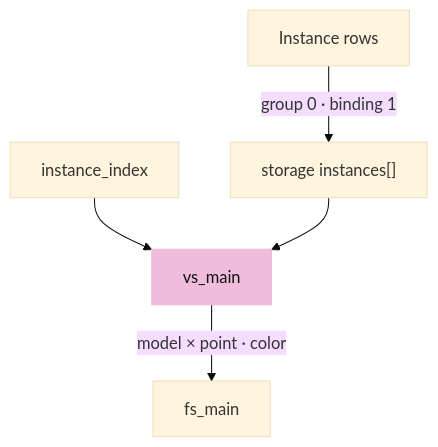
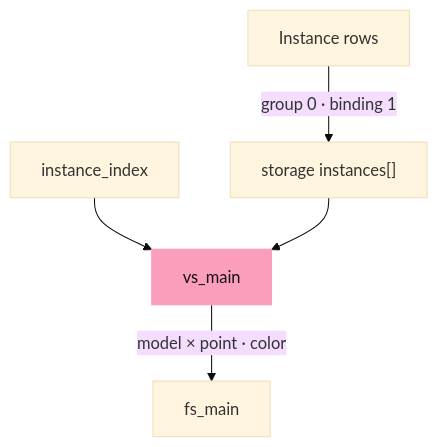
Before and after one commit to petrasvestartas/session: the fifth of 6 diagrams in session_viewer/docs/03-identity.md, drawn with Mermaid (base theme). The commit also changed other lines of this file and 328 other files, not shown here.

First line of the commit message:
Course: the palette you sent, and mermaid drawn like the drawings

````diff
--- a/session_viewer/docs/03-identity.md
+++ b/session_viewer/docs/03-identity.md
@@ -117,8 +117,8 @@
 ```mermaid
 flowchart TB
     I["Instance rows"] -- "group 0 · binding 1" --> B["storage instances[]"]
     R["instance_index"] --> V["vs_main"]
     B --> V
     V -- "model × point · color" --> F["fs_main"]
-    style V fill:#f0bcdb,stroke:#f0bcdb,color:#111
+    style V fill:#fa9ebc,stroke:#fa9ebc,color:#111
 ```
````
